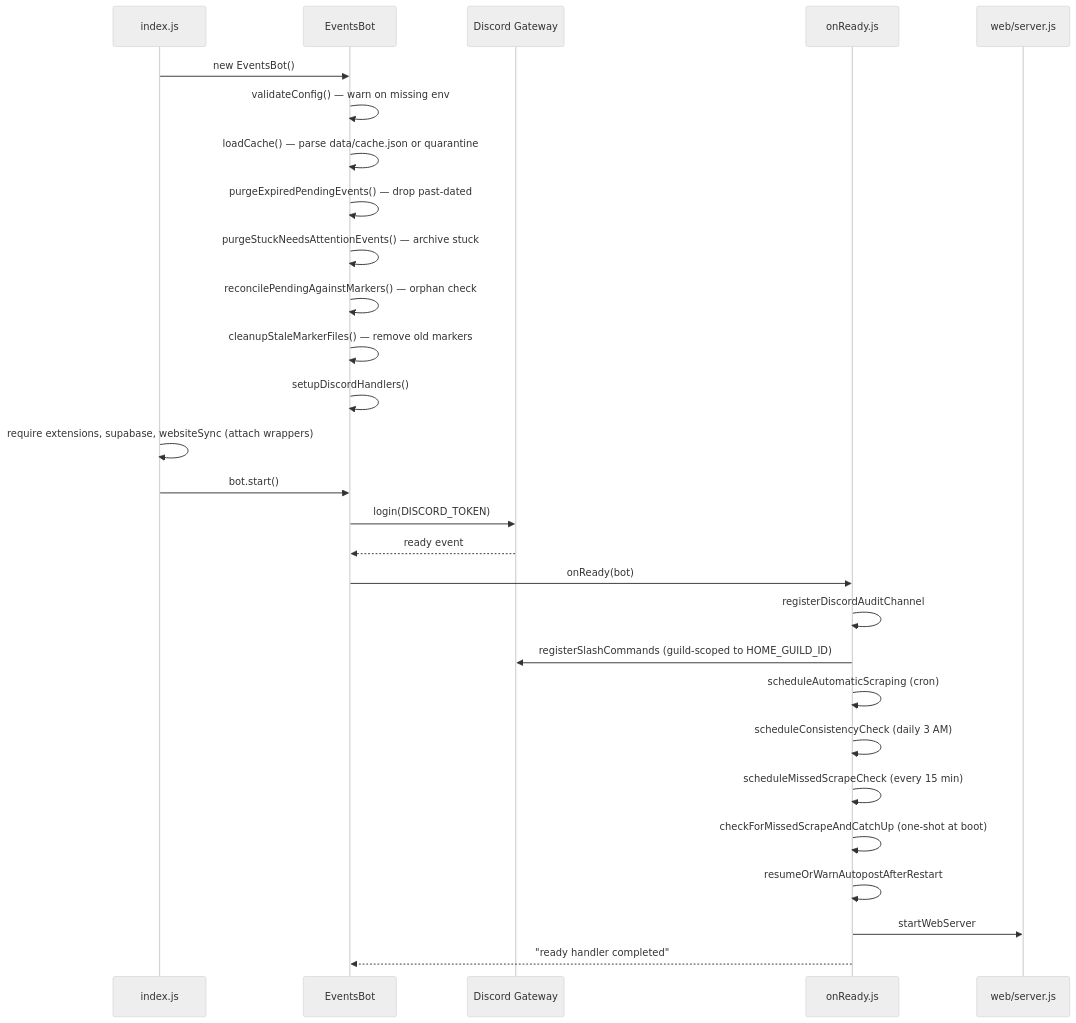
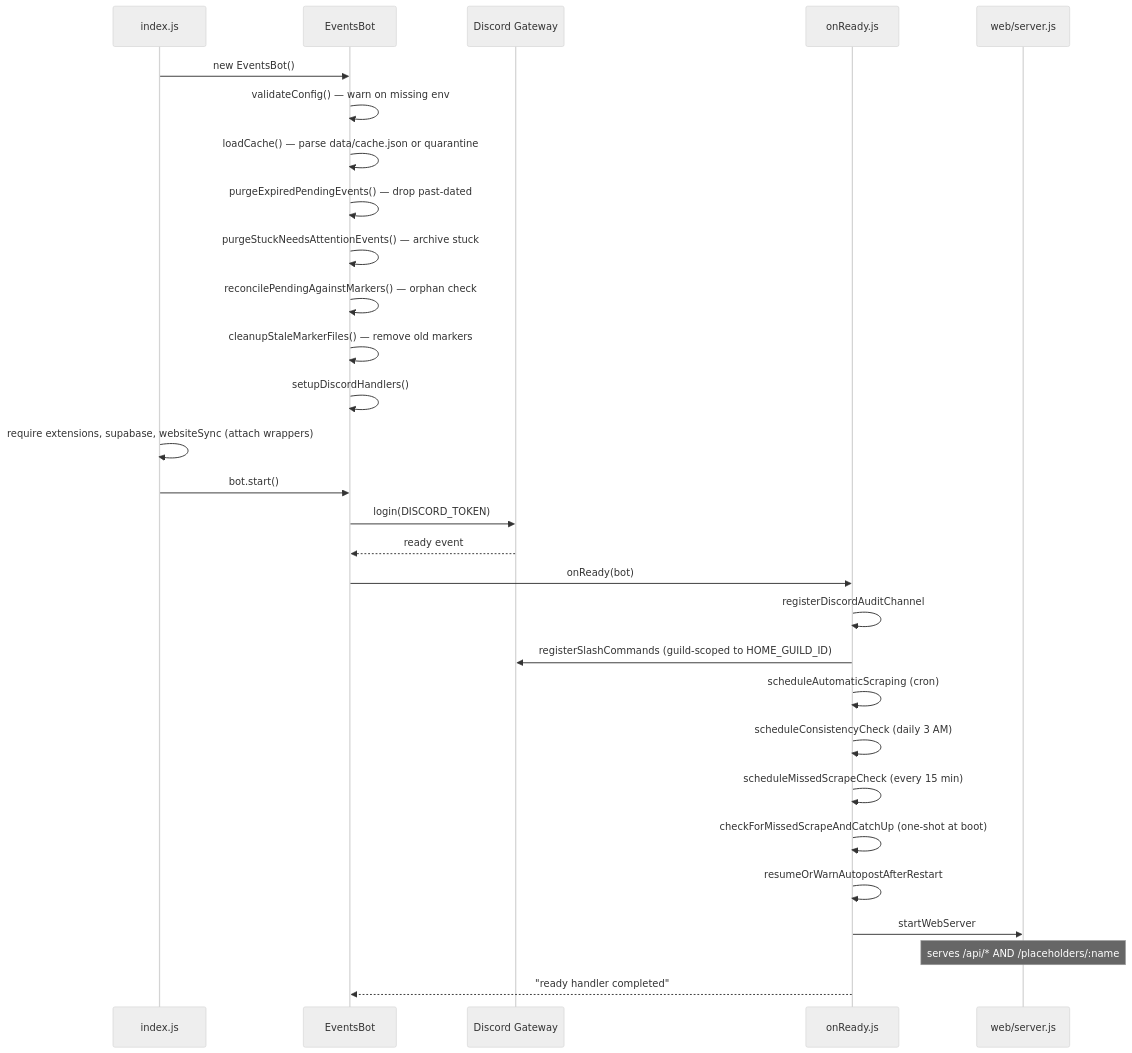
One commit to pulchowk-events/aggregator changed the third of 3 diagrams in docs/architecture.md. Above: the diagram before and after it, drawn with Mermaid (neutral theme). The commit also changed other lines of this file and 4 other files, not shown here.

````diff
--- a/docs/architecture.md
+++ b/docs/architecture.md
@@ -155,31 +202,32 @@
 ```mermaid
 sequenceDiagram
     participant Entry as index.js
     participant Bot as EventsBot
     participant Discord as Discord Gateway
     participant Ready as onReady.js
     participant Web as web/server.js
 
     Entry->>Bot: new EventsBot()
     Bot->>Bot: validateConfig() — warn on missing env
     Bot->>Bot: loadCache() — parse data/cache.json or quarantine
     Bot->>Bot: purgeExpiredPendingEvents() — drop past-dated
     Bot->>Bot: purgeStuckNeedsAttentionEvents() — archive stuck
     Bot->>Bot: reconcilePendingAgainstMarkers() — orphan check
     Bot->>Bot: cleanupStaleMarkerFiles() — remove old markers
     Bot->>Bot: setupDiscordHandlers()
     Entry->>Entry: require extensions, supabase, websiteSync (attach wrappers)
     Entry->>Bot: bot.start()
     Bot->>Discord: login(DISCORD_TOKEN)
     Discord-->>Bot: ready event
     Bot->>Ready: onReady(bot)
     Ready->>Ready: registerDiscordAuditChannel
     Ready->>Discord: registerSlashCommands (guild-scoped to HOME_GUILD_ID)
     Ready->>Ready: scheduleAutomaticScraping (cron)
     Ready->>Ready: scheduleConsistencyCheck (daily 3 AM)
     Ready->>Ready: scheduleMissedScrapeCheck (every 15 min)
     Ready->>Ready: checkForMissedScrapeAndCatchUp (one-shot at boot)
     Ready->>Ready: resumeOrWarnAutopostAfterRestart
     Ready->>Web: startWebServer
+    Note over Web: serves /api/* AND /placeholders/:name
     Ready-->>Bot: "ready handler completed"
 ```
````
